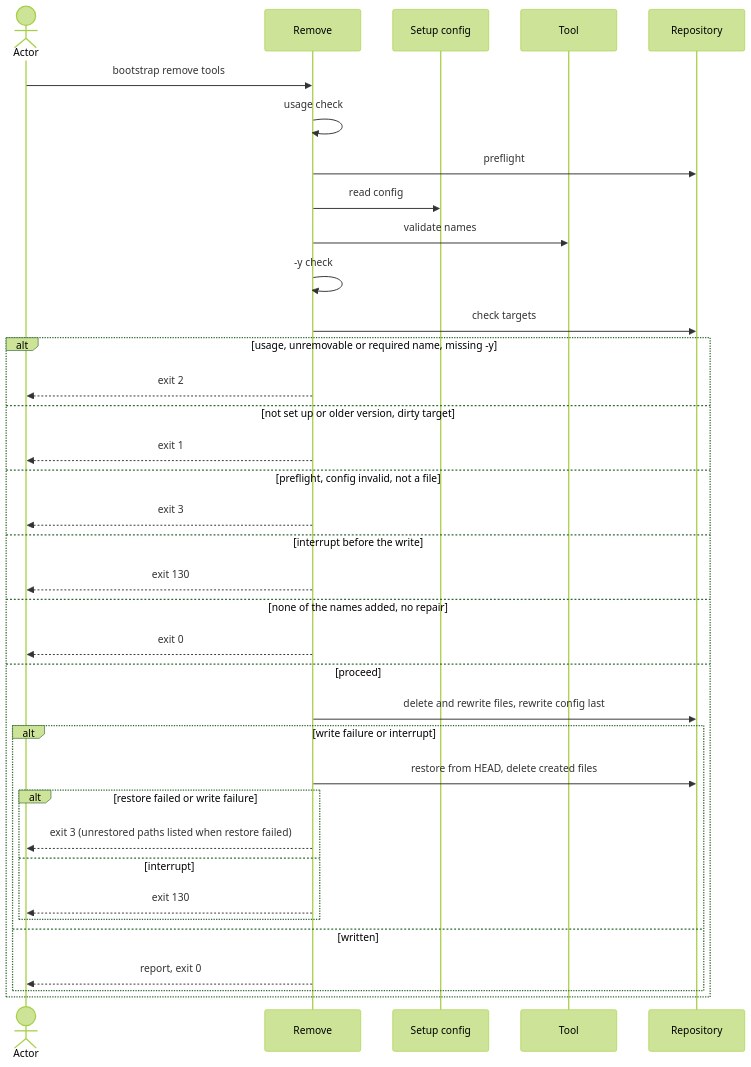
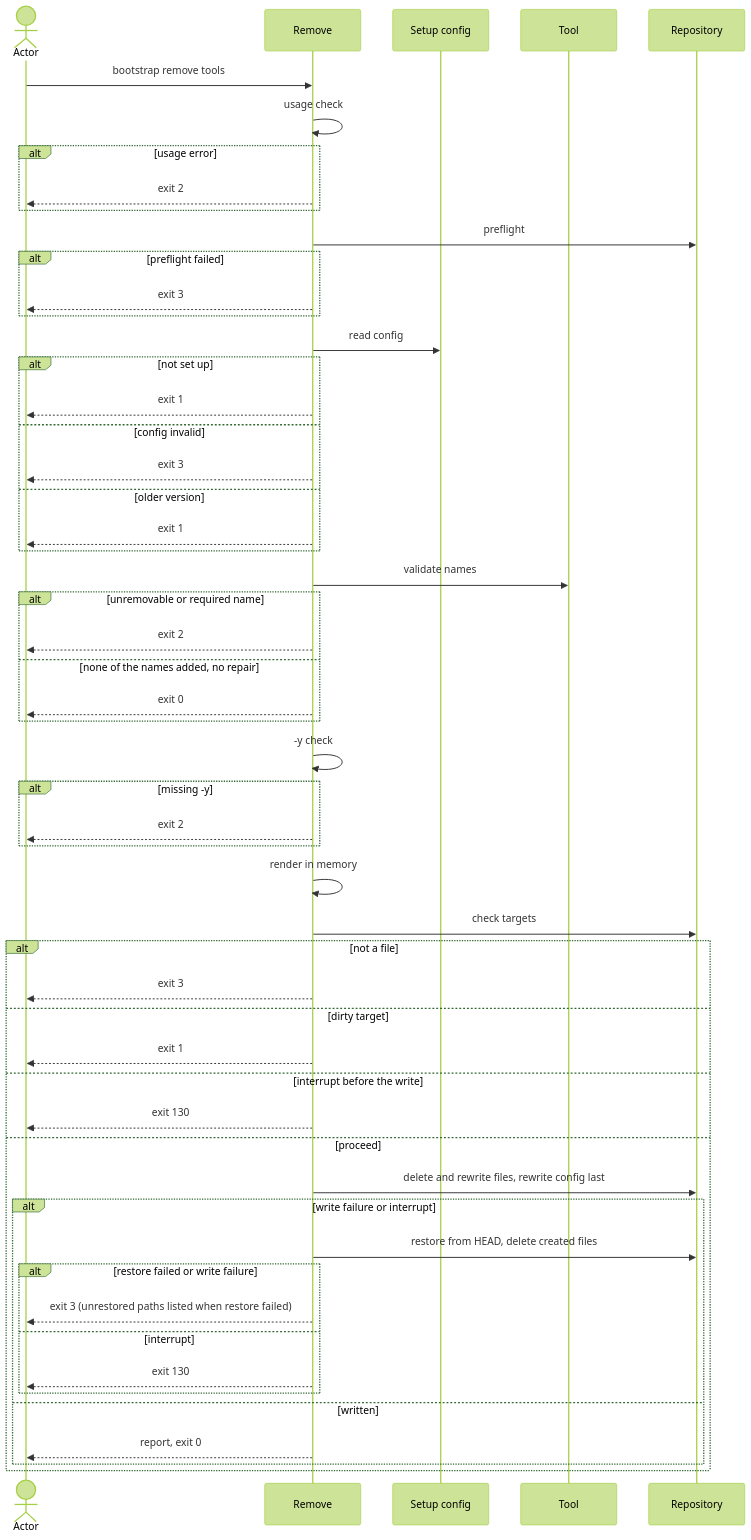
Before and after one commit to virajp/bootstrap: the diagram in docs/blueprint/flows/cli/150-remove-tool/index.md, drawn with Mermaid (forest theme). The commit also changed other lines of this file and 12 other files, not shown here.

````diff
--- a/docs/blueprint/flows/cli/150-remove-tool/index.md
+++ b/docs/blueprint/flows/cli/150-remove-tool/index.md
@@ -117,38 +120,56 @@
 ```mermaid
 sequenceDiagram
     actor O as Actor
     participant M as Remove
     participant C as Setup config
     participant G as Tool
     participant R as Repository
     O->>M: bootstrap remove tools
     M->>M: usage check
+    alt usage error
+        M-->>O: exit 2
+    end
     M->>R: preflight
+    alt preflight failed
+        M-->>O: exit 3
+    end
     M->>C: read config
+    alt not set up
+        M-->>O: exit 1
+    else config invalid
+        M-->>O: exit 3
+    else older version
+        M-->>O: exit 1
+    end
     M->>G: validate names
+    alt unremovable or required name
+        M-->>O: exit 2
+    else none of the names added, no repair
+        M-->>O: exit 0
+    end
     M->>M: -y check
+    alt missing -y
+        M-->>O: exit 2
+    end
+    M->>M: render in memory
     M->>R: check targets
-    alt usage, unremovable or required name, missing -y
-        M-->>O: exit 2
-    else not set up or older version, dirty target
+    alt not a file
+        M-->>O: exit 3
+    else dirty target
         M-->>O: exit 1
-    else preflight, config invalid, not a file
-        M-->>O: exit 3
     else interrupt before the write
         M-->>O: exit 130
-    else none of the names added, no repair
-        M-->>O: exit 0
     else proceed
         M->>R: delete and rewrite files, rewrite config last
         alt write failure or interrupt
             M->>R: restore from HEAD, delete created files
             alt restore failed or write failure
                 M-->>O: exit 3 (unrestored paths listed when restore failed)
             else interrupt
                 M-->>O: exit 130
             end
         else written
             M-->>O: report, exit 0
         end
     end
 ```
````
